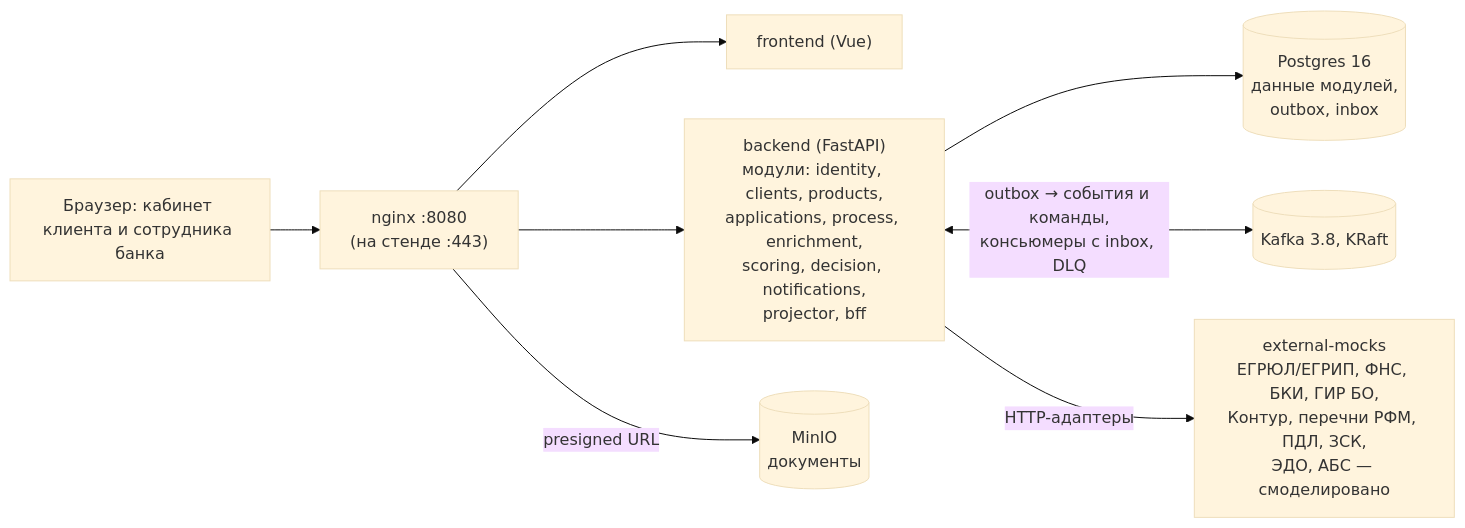
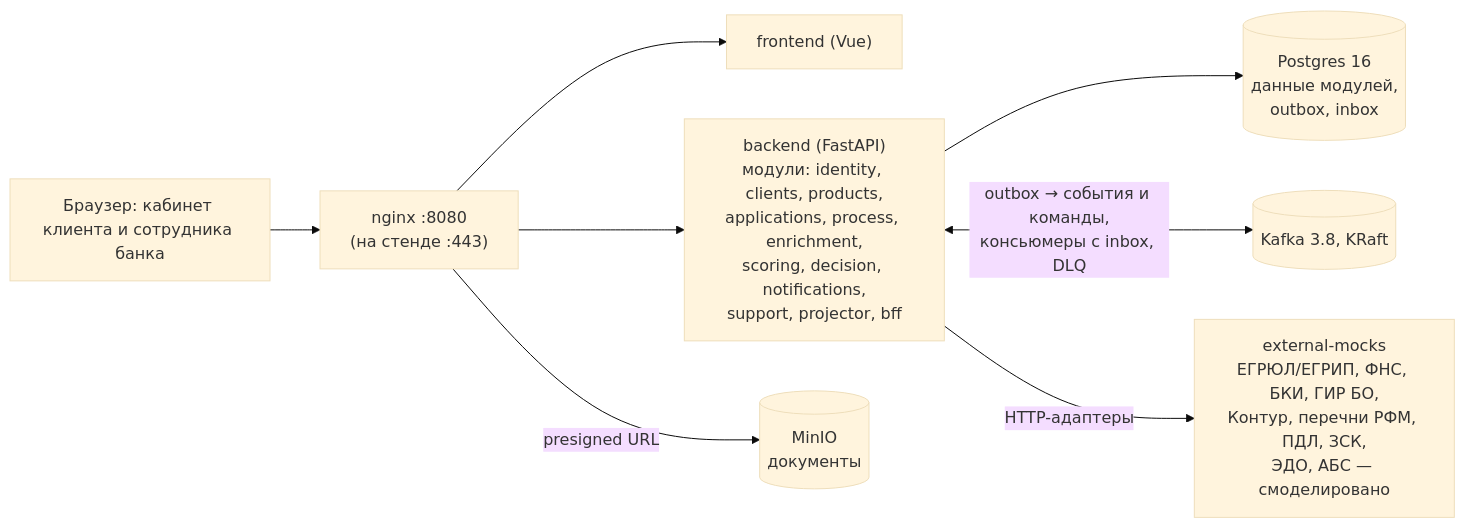
One commit to 1nsanexeEZ/hackaton_alfabank_2026 changed the diagram in README.md. Above: the diagram before and after it, drawn with Mermaid (base theme). The commit also changed other lines of this file and 4 other files, not shown here.

````diff
--- a/README.md
+++ b/README.md
@@ -26,10 +26,10 @@
 ```mermaid
 flowchart LR
     Browser["Браузер: кабинет клиента и сотрудника банка"] --> Nginx["nginx :8080<br/>(на стенде :443)"]
     Nginx --> Frontend["frontend (Vue)"]
-    Nginx --> Backend["backend (FastAPI)<br/>модули: identity, clients, products,<br/>applications, process, enrichment,<br/>scoring, decision, notifications,<br/>projector, bff"]
+    Nginx --> Backend["backend (FastAPI)<br/>модули: identity, clients, products,<br/>applications, process, enrichment,<br/>scoring, decision, notifications,<br/>support, projector, bff"]
     Nginx -->|presigned URL| MinIO[("MinIO<br/>документы")]
     Backend --> Postgres[("Postgres 16<br/>данные модулей,<br/>outbox, inbox")]
     Backend <-->|outbox → события и команды,<br/>консьюмеры с inbox, DLQ| Kafka[("Kafka 3.8, KRaft")]
     Backend -->|HTTP-адаптеры| Mocks["external-mocks<br/>ЕГРЮЛ/ЕГРИП, ФНС, БКИ, ГИР БО,<br/>Контур, перечни РФМ, ПДЛ, ЗСК,<br/>ЭДО, АБС — смоделировано"]
 ```
````
